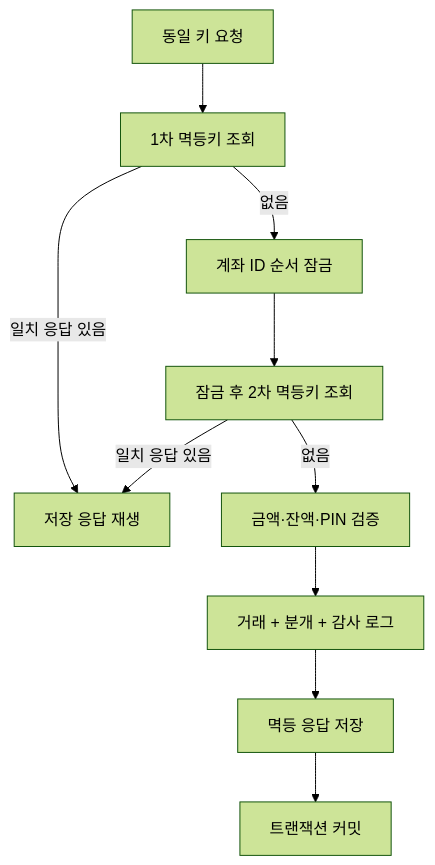
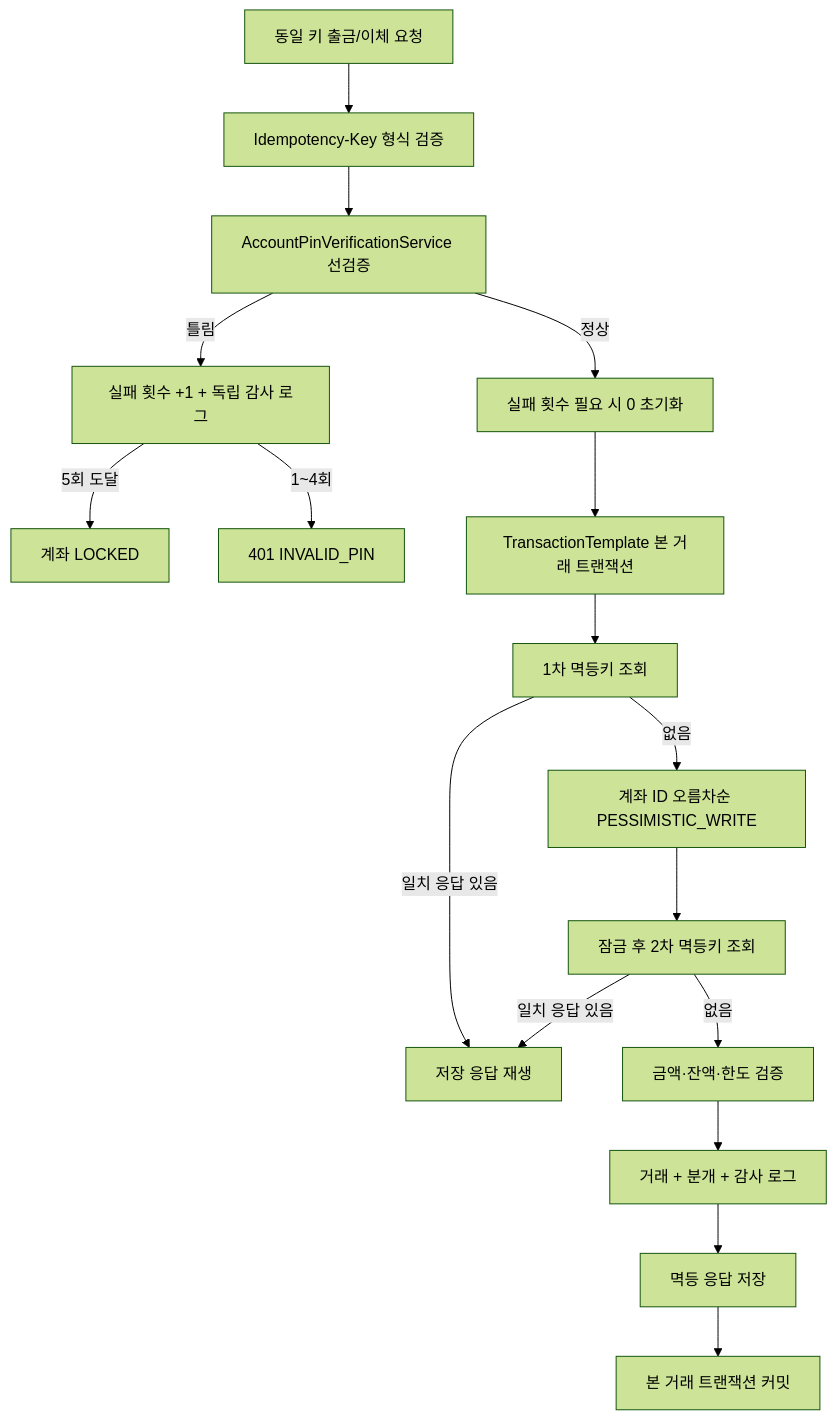
One commit to StrangeJun/mini-corebank changed the fifth of 7 diagrams in docs/study/M1-core-ledger.md. Above: the diagram before and after it, drawn with Mermaid (forest theme). The commit also changed other lines of this file and 16 other files, not shown here.

````diff
--- a/docs/study/M1-core-ledger.md
+++ b/docs/study/M1-core-ledger.md
@@ -114,12 +114,19 @@
 ```mermaid
 flowchart TD
-    R[동일 키 요청] --> V1[1차 멱등키 조회]
+    R[동일 키 출금/이체 요청] --> Key[Idempotency-Key 형식 검증]
+    Key --> Pin[AccountPinVerificationService 선검증]
+    Pin -->|틀림| FailCount[실패 횟수 +1 + 독립 감사 로그]
+    FailCount -->|5회 도달| Locked[계좌 LOCKED]
+    FailCount -->|1~4회| InvalidPin[401 INVALID_PIN]
+    Pin -->|정상| Reset[실패 횟수 필요 시 0 초기화]
+    Reset --> Template[TransactionTemplate 본 거래 트랜잭션]
+    Template --> V1[1차 멱등키 조회]
     V1 -->|일치 응답 있음| Replay[저장 응답 재생]
-    V1 -->|없음| Lock[계좌 ID 순서 잠금]
+    V1 -->|없음| Lock[계좌 ID 오름차순 PESSIMISTIC_WRITE]
     Lock --> V2[잠금 후 2차 멱등키 조회]
     V2 -->|일치 응답 있음| Replay
-    V2 -->|없음| Biz[금액·잔액·PIN 검증]
+    V2 -->|없음| Biz[금액·잔액·한도 검증]
     Biz --> Tx[거래 + 분개 + 감사 로그]
     Tx --> Save[멱등 응답 저장]
-    Save --> Commit[트랜잭션 커밋]
+    Save --> Commit[본 거래 트랜잭션 커밋]
 ```
````
